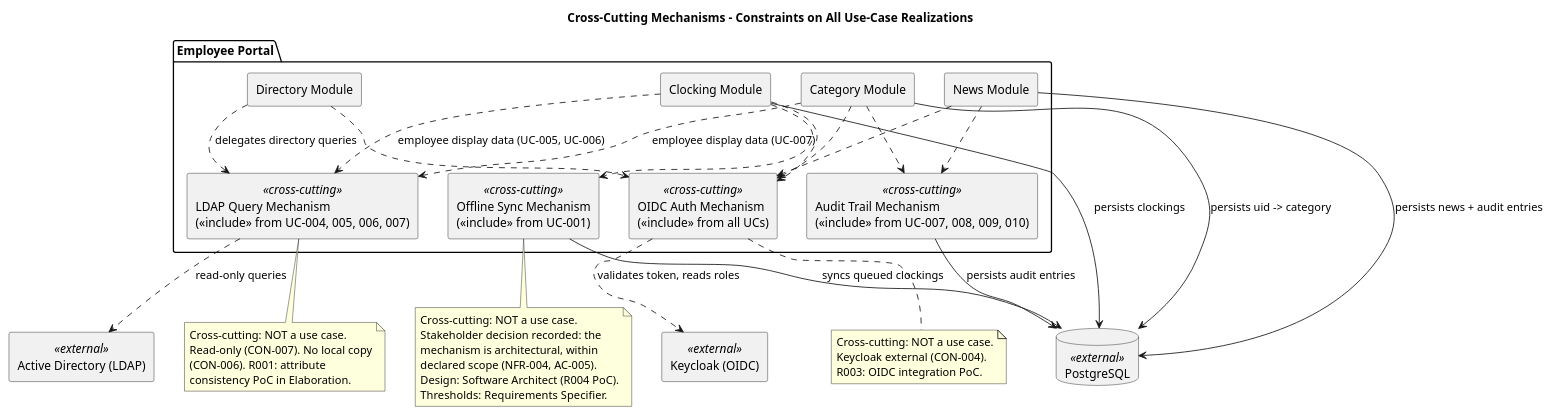
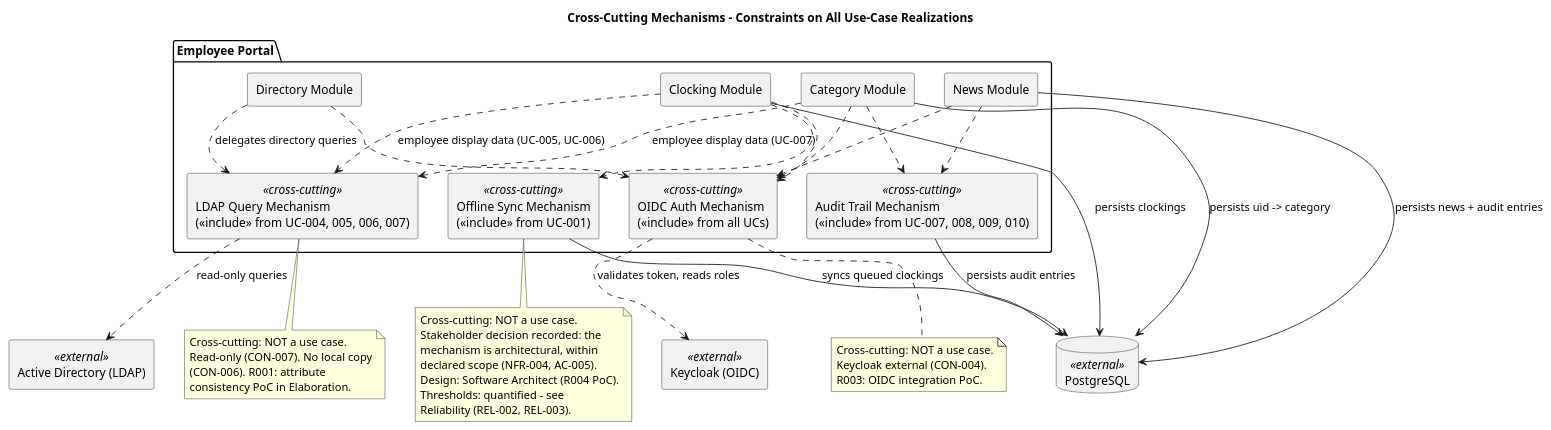
Before and after one commit to banense-test/employee-portal: the diagram in docs/artifacts/requirements/supplementary-specification.md, drawn with PlantUML. The commit also changed other lines of this file, not shown here.

First line of the commit message:
Requirements Specifier [E1]: upsert Supplementary Specification

````diff
--- a/docs/artifacts/requirements/supplementary-specification.md
+++ b/docs/artifacts/requirements/supplementary-specification.md
@@ -132,64 +149,65 @@
 ```plantuml
 @startuml
 skinparam componentStyle rectangle
 skinparam fontSize 11
 title Cross-Cutting Mechanisms - Constraints on All Use-Case Realizations
 
 package "Employee Portal" {
   component "Clocking Module" as CLK
   component "News Module" as NEWS
   component "Directory Module" as DIR
   component "Category Module" as CAT
 
   component "OIDC Auth Mechanism\n(<<include>> from all UCs)" as AUTH <<cross-cutting>>
   component "Audit Trail Mechanism\n(<<include>> from UC-007, 008, 009, 010)" as AUDIT <<cross-cutting>>
   component "LDAP Query Mechanism\n(<<include>> from UC-004, 005, 006, 007)" as LDAP <<cross-cutting>>
   component "Offline Sync Mechanism\n(<<include>> from UC-001)" as SYNC <<cross-cutting>>
 }
 
 component "Keycloak (OIDC)" as KC <<external>>
 component "Active Directory (LDAP)" as AD <<external>>
 database "PostgreSQL" as PG <<external>>
 
 AUTH ..> KC : validates token, reads roles
 LDAP ..> AD : read-only queries
 CLK --> PG : persists clockings
 NEWS --> PG : persists news + audit entries
 CAT --> PG : persists uid -> category
 AUDIT --> PG : persists audit entries
 SYNC --> PG : syncs queued clockings
 DIR ..> LDAP : delegates directory queries
 CLK ..> LDAP : employee display data (UC-005, UC-006)
 CAT ..> LDAP : employee display data (UC-007)
 
 CLK ..> AUTH
 NEWS ..> AUTH
 DIR ..> AUTH
 CAT ..> AUTH
 CLK ..> SYNC
 NEWS ..> AUDIT
 CAT ..> AUDIT
 
 note bottom of SYNC
   Cross-cutting: NOT a use case.
   Stakeholder decision recorded: the
   mechanism is architectural, within
   declared scope (NFR-004, AC-005).
   Design: Software Architect (R004 PoC).
-  Thresholds: Requirements Specifier.
+  Thresholds: quantified - see
+  Reliability (REL-002, REL-003).
 end note
 
 note bottom of LDAP
   Cross-cutting: NOT a use case.
   Read-only (CON-007). No local copy
   (CON-006). R001: attribute
   consistency PoC in Elaboration.
 end note
 
 note bottom of AUTH
   Cross-cutting: NOT a use case.
   Keycloak external (CON-004).
   R003: OIDC integration PoC.
 end note
 @enduml
 ```
````
